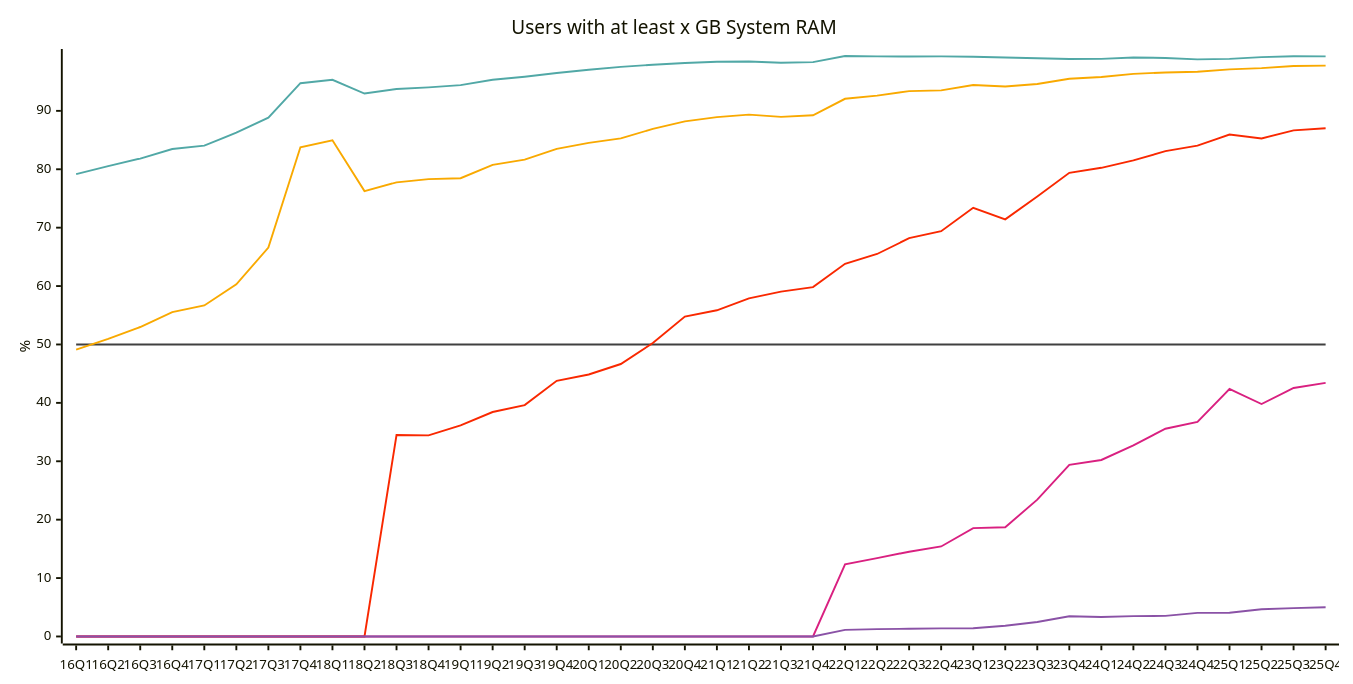
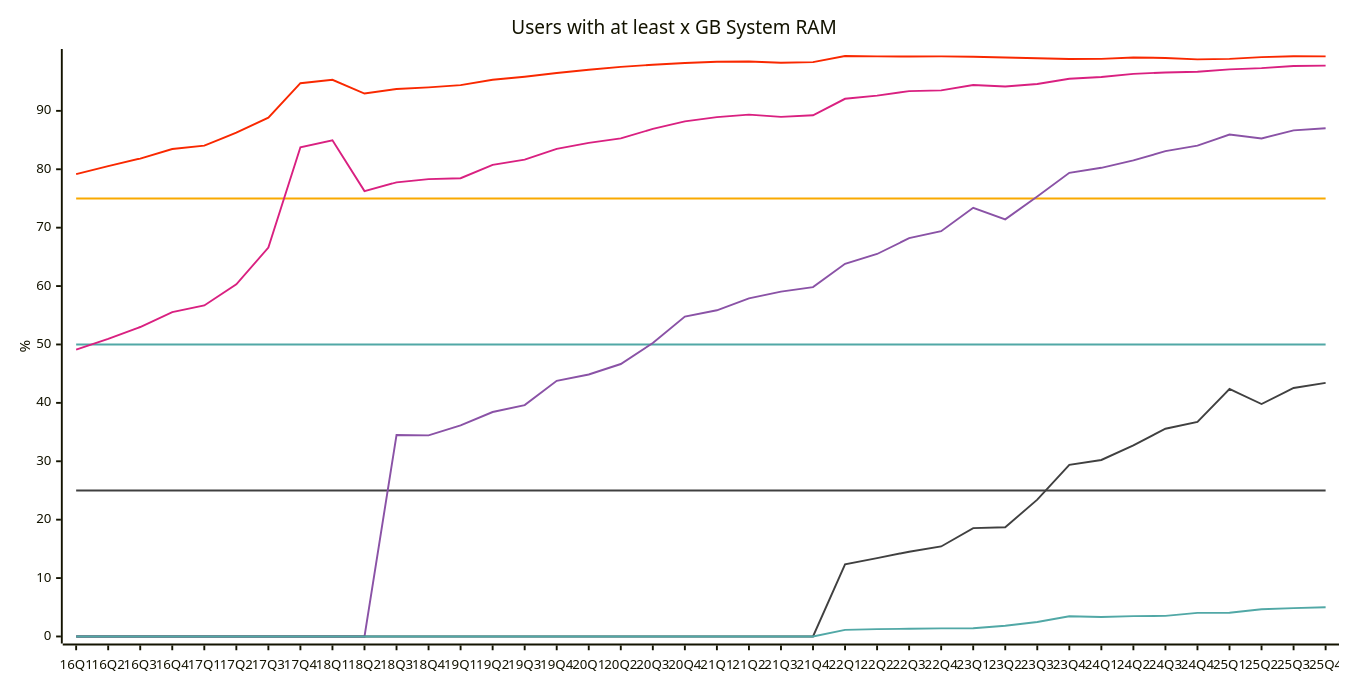
Before and after one commit to jdegene/steamHWsurvey: diagram 25 of 29 in README.md, drawn with Mermaid. The commit also changed other lines of this file and 1 other file, not shown here.

````diff
--- a/README.md
+++ b/README.md
@@ -796,24 +796,26 @@
 ```mermaid
 ---
 config:
     xyChart:
         width: 1400
         height: 700
         
     themeVariables:
         xyChart:
             plotColorPalette: "#404040,#51a8a6,#f9a900,#f92800,#d92080,#8a52a6"
 
 --- 
 
 xychart-beta
     title "Users with at least x GB System RAM"
     x-axis [16Q1, 16Q2, 16Q3, 16Q4, 17Q1, 17Q2, 17Q3, 17Q4, 18Q1, 18Q2, 18Q3, 18Q4, 19Q1, 19Q2, 19Q3, 19Q4, 20Q1, 20Q2, 20Q3, 20Q4, 21Q1, 21Q2, 21Q3, 21Q4, 22Q1, 22Q2, 22Q3, 22Q4, 23Q1, 23Q2, 23Q3, 23Q4, 24Q1, 24Q2, 24Q3, 24Q4, 25Q1, 25Q2, 25Q3, 25Q4]
     y-axis "%" 
+ line [25, 25, 25, 25, 25, 25, 25, 25, 25, 25, 25, 25, 25, 25, 25, 25, 25, 25, 25, 25, 25, 25, 25, 25, 25, 25, 25, 25, 25, 25, 25, 25, 25, 25, 25, 25, 25, 25, 25, 25]
  line [50, 50, 50, 50, 50, 50, 50, 50, 50, 50, 50, 50, 50, 50, 50, 50, 50, 50, 50, 50, 50, 50, 50, 50, 50, 50, 50, 50, 50, 50, 50, 50, 50, 50, 50, 50, 50, 50, 50, 50]
+ line [75, 75, 75, 75, 75, 75, 75, 75, 75, 75, 75, 75, 75, 75, 75, 75, 75, 75, 75, 75, 75, 75, 75, 75, 75, 75, 75, 75, 75, 75, 75, 75, 75, 75, 75, 75, 75, 75, 75, 75]
     line [79.15666666666667, 80.52666666666667, 81.83333333333334, 83.46333333333334, 84.05, 86.25666666666666, 88.83666666666667, 94.74000000000001, 95.32333333333332, 92.97333333333334, 93.75, 94.03, 94.40666666666667, 95.33, 95.85333333333334, 96.47333333333333, 97.03666666666666, 97.53666666666666, 97.89666666666666, 98.18333333333334, 98.41000000000001, 98.45, 98.25, 98.33666666666666, 99.39, 99.33333333333333, 99.30666666666667, 99.32333333333332, 99.27, 99.14, 99.00333333333333, 98.87666666666668, 98.90333333333334, 99.13333333333333, 99.06333333333333, 98.81, 98.91, 99.20666666666666, 99.35333333333332, 99.33]
     line [49.10333333333334, 50.95, 52.99, 55.52666666666667, 56.67666666666666, 60.29, 66.60333333333334, 83.76333333333334, 84.94999999999999, 76.26666666666667, 77.75666666666666, 78.32000000000001, 78.47, 80.76, 81.64333333333333, 83.49333333333333, 84.51333333333334, 85.29333333333332, 86.91, 88.2, 88.92000000000002, 89.35333333333334, 88.96333333333332, 89.25333333333333, 92.06666666666666, 92.61333333333333, 93.38333333333333, 93.51666666666667, 94.42666666666666, 94.17333333333335, 94.60666666666665, 95.49, 95.80000000000001, 96.33333333333333, 96.57666666666667, 96.70333333333333, 97.10000000000001, 97.31333333333333, 97.68333333333334, 97.74999999999999]
     line [0, 0, 0, 0, 0, 0, 0, 0, 0, 0, 34.5, 34.43333333333333, 36.156666666666666, 38.43666666666667, 39.620000000000005, 43.78, 44.85333333333333, 46.65333333333333, 50.243333333333325, 54.78333333333333, 55.85, 57.89, 59.053333333333335, 59.82333333333333, 63.81666666666666, 65.49333333333334, 68.19999999999999, 69.39666666666668, 73.4, 71.42333333333333, 75.32, 79.39666666666666, 80.24999999999999, 81.53, 83.1, 84.03666666666668, 85.94, 85.27666666666667, 86.66, 87.02499999999999]
     line [0, 0, 0, 0, 0, 0, 0, 0, 0, 0, 0, 0, 0, 0, 0, 0, 0, 0, 0, 0, 0, 0, 0, 0, 12.336666666666666, 13.426666666666668, 14.510000000000002, 15.413333333333332, 18.556666666666665, 18.700000000000003, 23.426666666666666, 29.386666666666667, 30.22333333333333, 32.72666666666667, 35.56999999999999, 36.73333333333333, 42.373333333333335, 39.796666666666674, 42.55, 43.42]
     line [0, 0, 0, 0, 0, 0, 0, 0, 0, 0, 0, 0, 0, 0, 0, 0, 0, 0, 0, 0, 0, 0, 0, 0, 1.1266666666666667, 1.2533333333333334, 1.3166666666666667, 1.3866666666666667, 1.4066666666666667, 1.8399999999999999, 2.476666666666667, 3.47, 3.3299999999999996, 3.4799999999999995, 3.53, 4.046666666666667, 4.056666666666667, 4.673333333333333, 4.85, 5.01]
 ``` 
````
